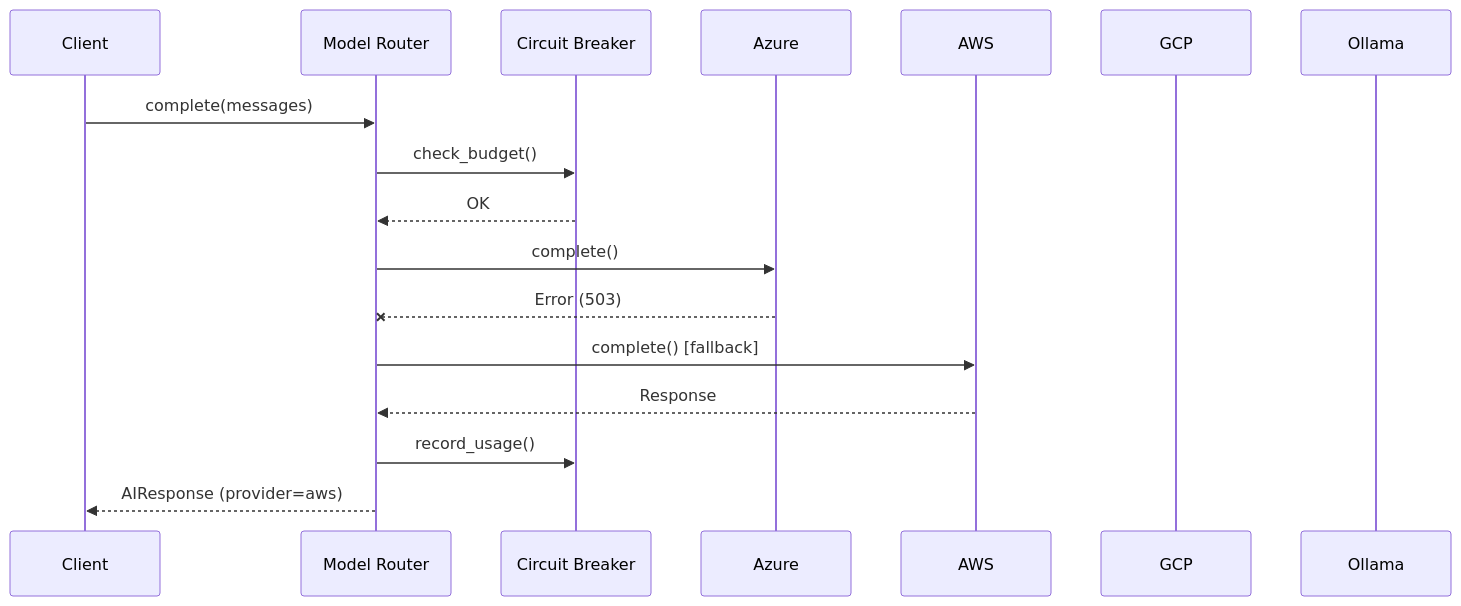
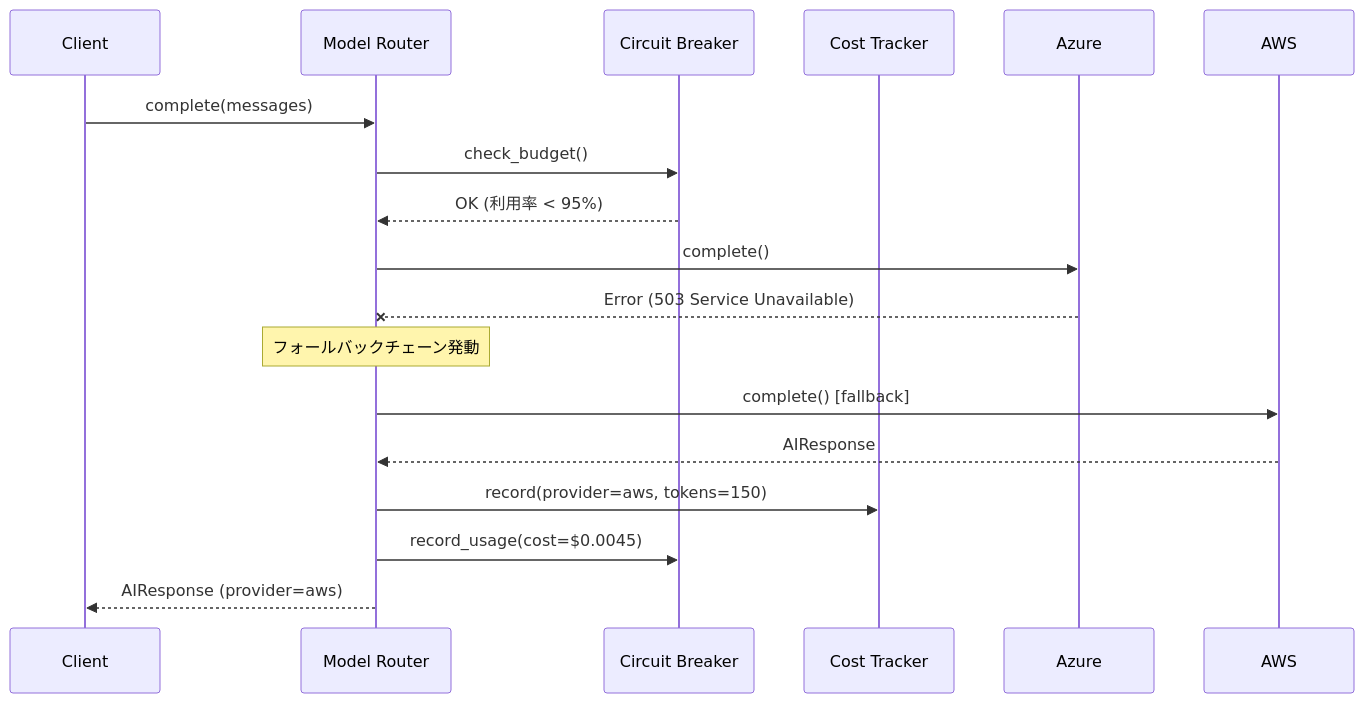
The third of 8 diagrams in docs/architecture.md (GEJFY/cs-risk-agent), drawn with Mermaid before and after one commit. The commit also changed other lines of this file and 4 other files, not shown here.

````diff
--- a/docs/architecture.md
+++ b/docs/architecture.md
@@ -131,20 +176,21 @@
 ```mermaid
 sequenceDiagram
     participant Client
     participant Router as Model Router
     participant CB as Circuit Breaker
+    participant CT as Cost Tracker
     participant Azure
     participant AWS
-    participant GCP
-    participant Ollama
 
     Client->>Router: complete(messages)
     Router->>CB: check_budget()
-    CB-->>Router: OK
+    CB-->>Router: OK (利用率 < 95%)
     Router->>Azure: complete()
-    Azure--xRouter: Error (503)
+    Azure--xRouter: Error (503 Service Unavailable)
+    Note over Router: フォールバックチェーン発動
     Router->>AWS: complete() [fallback]
-    AWS-->>Router: Response
-    Router->>CB: record_usage()
+    AWS-->>Router: AIResponse
+    Router->>CT: record(provider=aws, tokens=150)
+    Router->>CB: record_usage(cost=$0.0045)
     Router-->>Client: AIResponse (provider=aws)
 ```
````
